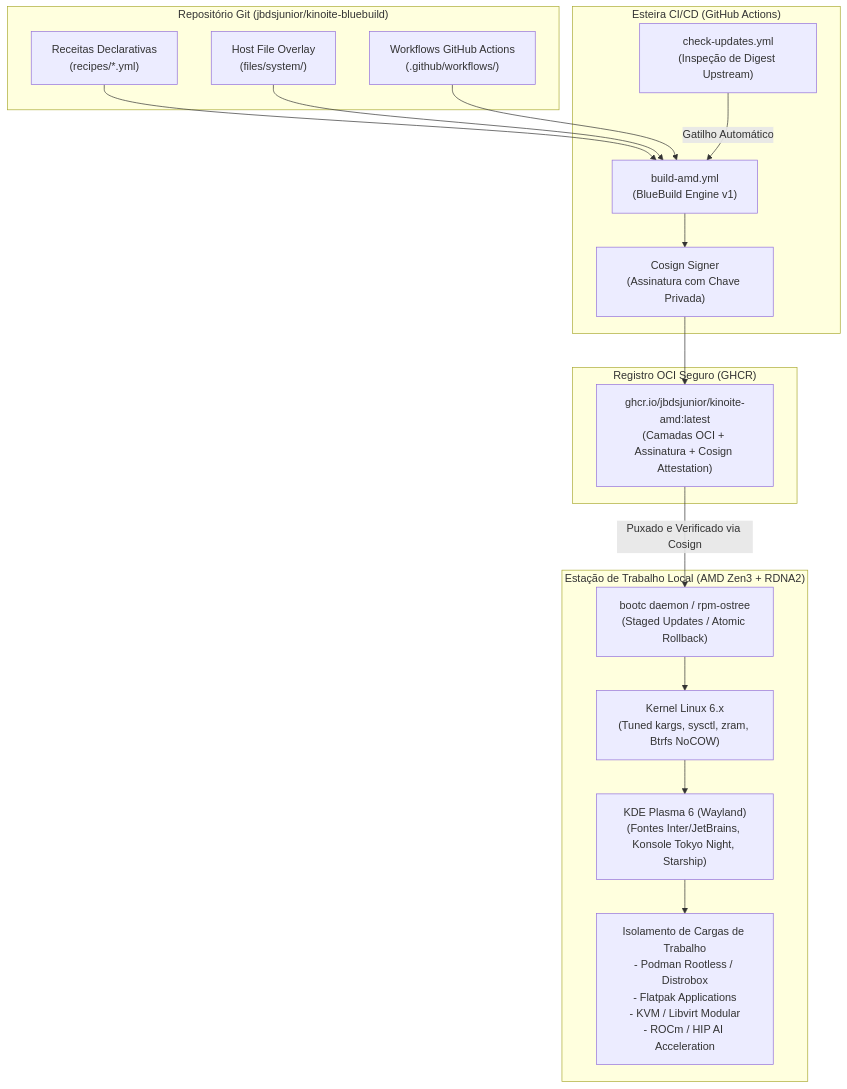
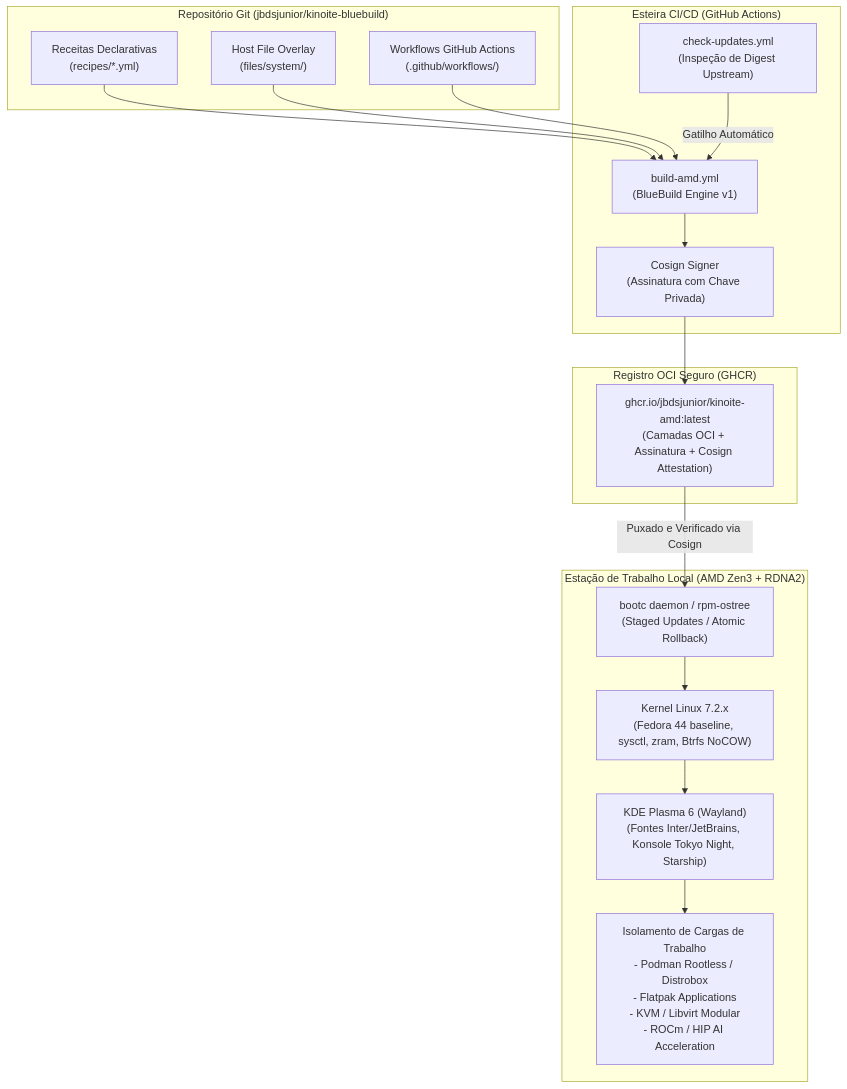
Before and after one commit to jbdsjunior/kinoite-bluebuild: the first of 2 diagrams in docs/TECHNICAL_ARCHITECTURE.md, drawn with Mermaid. The commit also changed other lines of this file and 4 other files, not shown here.

````diff
--- a/docs/TECHNICAL_ARCHITECTURE.md
+++ b/docs/TECHNICAL_ARCHITECTURE.md
@@ -93,36 +93,36 @@
 ```mermaid
 flowchart TD
     subgraph GitRepo["Repositório Git (jbdsjunior/kinoite-bluebuild)"]
         RECIPES["Receitas Declarativas\n(recipes/*.yml)"]
         OVERLAY["Host File Overlay\n(files/system/)"]
         WORKFLOWS["Workflows GitHub Actions\n(.github/workflows/)"]
     end
 
     subgraph CICD["Esteira CI/CD (GitHub Actions)"]
         CHECK["check-updates.yml\n(Inspeção de Digest Upstream)"]
         BUILD["build-amd.yml\n(BlueBuild Engine v1)"]
         SIGN["Cosign Signer\n(Assinatura com Chave Privada)"]
     end
 
     subgraph Registry["Registro OCI Seguro (GHCR)"]
         OCI_IMG["ghcr.io/jbdsjunior/kinoite-amd:latest\n(Camadas OCI + Assinatura + Cosign Attestation)"]
     end
 
     subgraph WorkstationHost["Estação de Trabalho Local (AMD Zen3 + RDNA2)"]
         BOOTC["bootc daemon / rpm-ostree\n(Staged Updates / Atomic Rollback)"]
-        KERNEL["Kernel Linux 6.x\n(Tuned kargs, sysctl, zram, Btrfs NoCOW)"]
+        KERNEL["Kernel Linux 7.2.x\n(Fedora 44 baseline, sysctl, zram, Btrfs NoCOW)"]
         DESKTOP["KDE Plasma 6 (Wayland)\n(Fontes Inter/JetBrains, Konsole Tokyo Night, Starship)"]
         WORKLOADS["Isolamento de Cargas de Trabalho\n- Podman Rootless / Distrobox\n- Flatpak Applications\n- KVM / Libvirt Modular\n- ROCm / HIP AI Acceleration"]
     end
 
     RECIPES --> BUILD
     OVERLAY --> BUILD
     WORKFLOWS --> BUILD
     CHECK -->|Gatilho Automático| BUILD
     BUILD --> SIGN
     SIGN --> OCI_IMG
     OCI_IMG -->|Puxado e Verificado via Cosign| BOOTC
     BOOTC --> KERNEL
     KERNEL --> DESKTOP
     DESKTOP --> WORKLOADS
 ```
````
